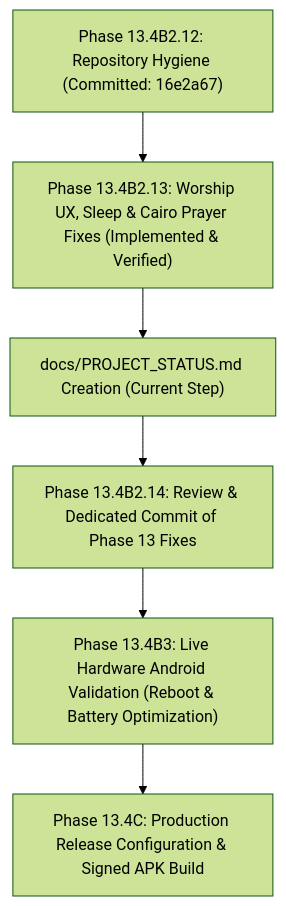
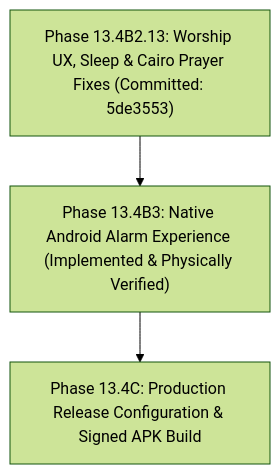
The diagram in docs/PROJECT_STATUS.md (medodem36-sudo/zatoona), drawn with Mermaid (forest theme) before and after one commit. The commit also changed other lines of this file and 19 other files, not shown here.

First line of the commit message:
fix(android): persist and restore native reminders

````diff
--- a/docs/PROJECT_STATUS.md
+++ b/docs/PROJECT_STATUS.md
@@ -154,8 +157,5 @@
 ```mermaid
 flowchart TD
-    A["Phase 13.4B2.12: Repository Hygiene (Committed: 16e2a67)"] --> B["Phase 13.4B2.13: Worship UX, Sleep & Cairo Prayer Fixes (Implemented & Verified)"]
-    B --> C["docs/PROJECT_STATUS.md Creation (Current Step)"]
-    C --> D["Phase 13.4B2.14: Review & Dedicated Commit of Phase 13 Fixes"]
-    D --> E["Phase 13.4B3: Live Hardware Android Validation (Reboot & Battery Optimization)"]
-    E --> F["Phase 13.4C: Production Release Configuration & Signed APK Build"]
+    A["Phase 13.4B2.13: Worship UX, Sleep & Cairo Prayer Fixes (Committed: 5de3553)"] --> B["Phase 13.4B3: Native Android Alarm Experience (Implemented & Physically Verified)"]
+    B --> C["Phase 13.4C: Production Release Configuration & Signed APK Build"]
 ```
````
